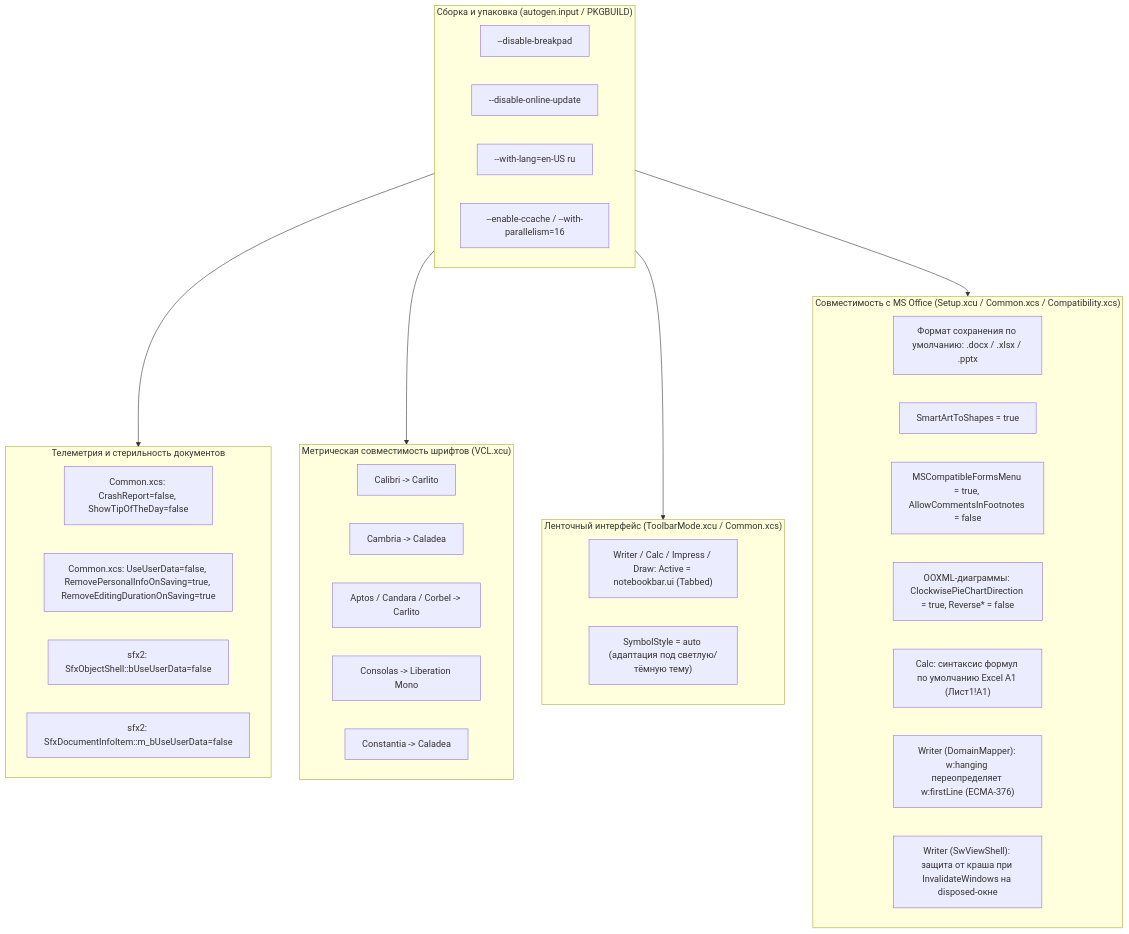
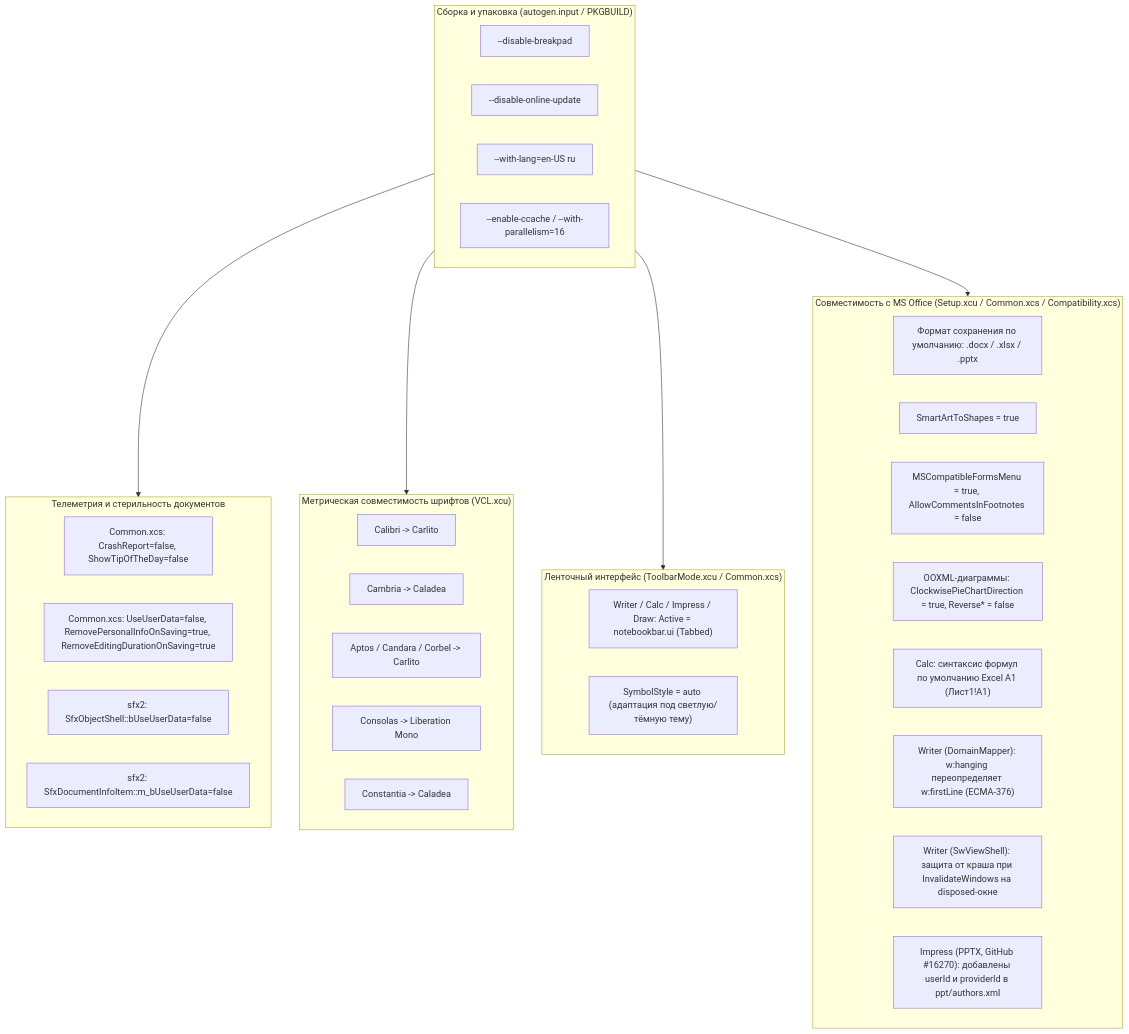
One commit to Utkautka1/libreoffice-mscompat_-fork- changed the diagram in docs/UML.md. Above: the diagram before and after it, drawn with Mermaid. The commit also changed 3 other files, not shown here.

Commit message:
fix(sd,pptx): add required userId and providerId to modern authors

````diff
--- a/docs/UML.md
+++ b/docs/UML.md
@@ -5,44 +5,45 @@
 ```mermaid
 flowchart TD
     subgraph Build["Сборка и упаковка (autogen.input / PKGBUILD)"]
         A1["--disable-breakpad"]
         A2["--disable-online-update"]
         A3["--with-lang=en-US ru"]
         A4["--enable-ccache / --with-parallelism=16"]
     end
 
     subgraph Privacy["Телеметрия и стерильность документов"]
         P1["Common.xcs: CrashReport=false, ShowTipOfTheDay=false"]
         P2["Common.xcs: UseUserData=false, RemovePersonalInfoOnSaving=true, RemoveEditingDurationOnSaving=true"]
         P3["sfx2: SfxObjectShell::bUseUserData=false"]
         P4["sfx2: SfxDocumentInfoItem::m_bUseUserData=false"]
     end
 
     subgraph Fonts["Метрическая совместимость шрифтов (VCL.xcu)"]
         F1["Calibri -> Carlito"]
         F2["Cambria -> Caladea"]
         F3["Aptos / Candara / Corbel -> Carlito"]
         F4["Consolas -> Liberation Mono"]
         F5["Constantia -> Caladea"]
     end
 
     subgraph UI["Ленточный интерфейс (ToolbarMode.xcu / Common.xcs)"]
         U1["Writer / Calc / Impress / Draw: Active = notebookbar.ui (Tabbed)"]
         U2["SymbolStyle = auto (адаптация под светлую/тёмную тему)"]
     end
 
     subgraph MSCompat["Совместимость с MS Office (Setup.xcu / Common.xcs / Compatibility.xcs)"]
         M1["Формат сохранения по умолчанию: .docx / .xlsx / .pptx"]
         M2["SmartArtToShapes = true"]
         M3["MSCompatibleFormsMenu = true, AllowCommentsInFootnotes = false"]
         M4["OOXML-диаграммы: ClockwisePieChartDirection = true, Reverse* = false"]
         M5["Calc: синтаксис формул по умолчанию Excel A1 (Лист1!A1)"]
         M6["Writer (DomainMapper): w:hanging переопределяет w:firstLine (ECMA-376)"]
         M7["Writer (SwViewShell): защита от краша при InvalidateWindows на disposed-окне"]
+        M8["Impress (PPTX, GitHub #16270): добавлены userId и providerId в ppt/authors.xml"]
     end
 
     Build --> Privacy
     Build --> Fonts
     Build --> UI
     Build --> MSCompat
 ```
````
